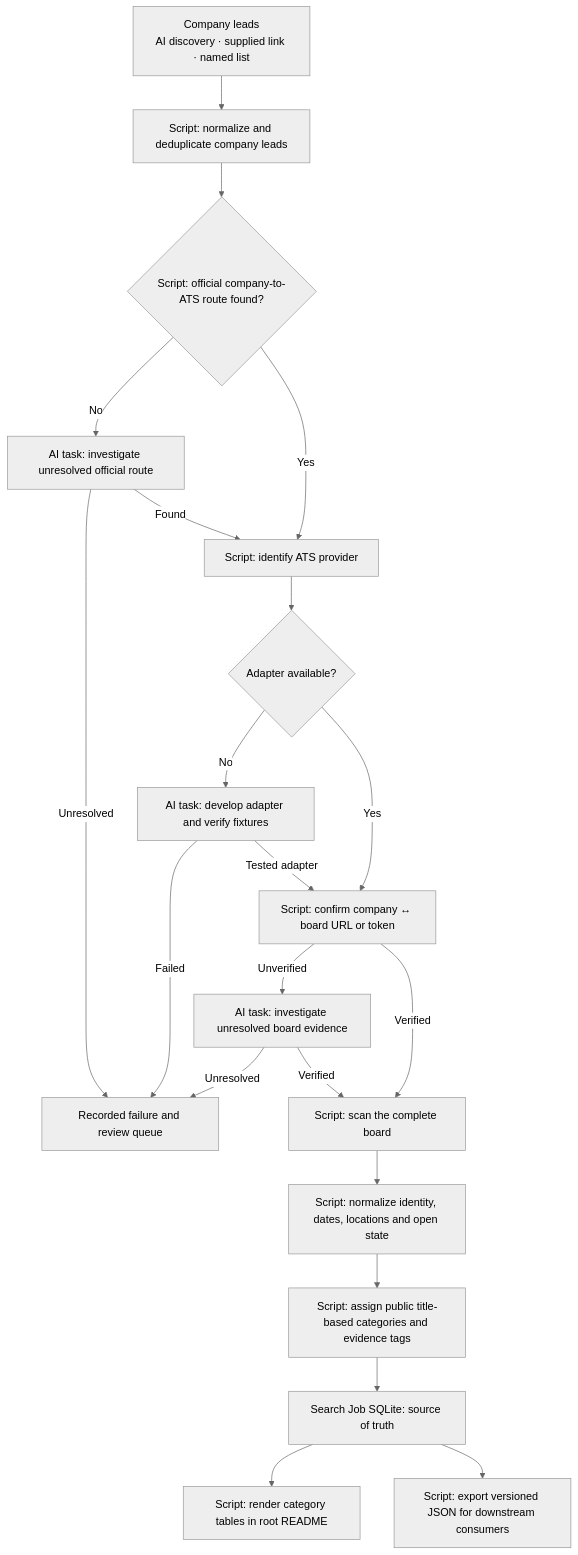
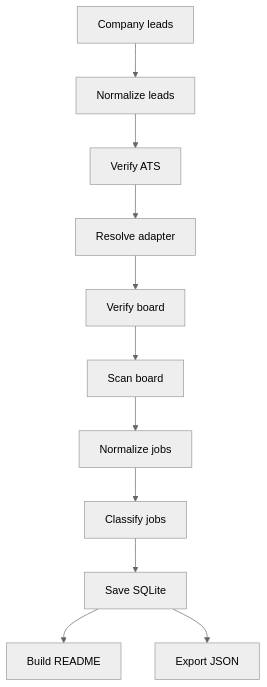
One commit to sophiesun7119/search-job changed the diagram in code/PLAN.md. Above: the diagram before and after it, drawn with Mermaid (neutral theme). The commit also changed other lines of this file and 10 other files, not shown here.

First line of the commit message:
Clarify conditional AI handoffs in Search Job

````diff
--- a/code/PLAN.md
+++ b/code/PLAN.md
@@ -7,35 +7,13 @@
 ```mermaid
-flowchart TB
-    A["Company leads<br/>AI discovery · supplied link · named list"]
-    B["Script: normalize and deduplicate company leads"]
-    C{"Script: official company-to-ATS route found?"}
-    C1["AI task: investigate unresolved official route"]
-    D["Script: identify ATS provider"]
-    E{"Adapter available?"}
-    E1["AI task: develop adapter and verify fixtures"]
-    F["Script: confirm company ↔ board URL or token"]
-    F1["AI task: investigate unresolved board evidence"]
-    R["Recorded failure and review queue"]
-    G["Script: scan the complete board"]
-    H["Script: normalize identity, dates, locations and open state"]
-    I["Script: assign public title-based categories and evidence tags"]
-    J["Search Job SQLite: source of truth"]
-    K["Script: render category tables in root README"]
-    L["Script: export versioned JSON for downstream consumers"]
-
-    A --> B --> C
-    C -- No --> C1
-    C1 -- Found --> D
-    C1 -- Unresolved --> R
-    C -- Yes --> D --> E
-    E -- No --> E1
-    E1 -- Tested adapter --> F
-    E1 -- Failed --> R
-    E -- Yes --> F
-    F -- Unverified --> F1
-    F1 -- Verified --> G
-    F1 -- Unresolved --> R
-    F -- Verified --> G --> H --> I --> J
-    J --> K
-    J --> L
+flowchart TD
+    A["Company leads"] --> B["Normalize leads"]
+    B --> C["Verify ATS"]
+    C --> D["Resolve adapter"]
+    D --> E["Verify board"]
+    E --> F["Scan board"]
+    F --> G["Normalize jobs"]
+    G --> H["Classify jobs"]
+    H --> I["Save SQLite"]
+    I --> J["Build README"]
+    I --> K["Export JSON"]
 ```
````
